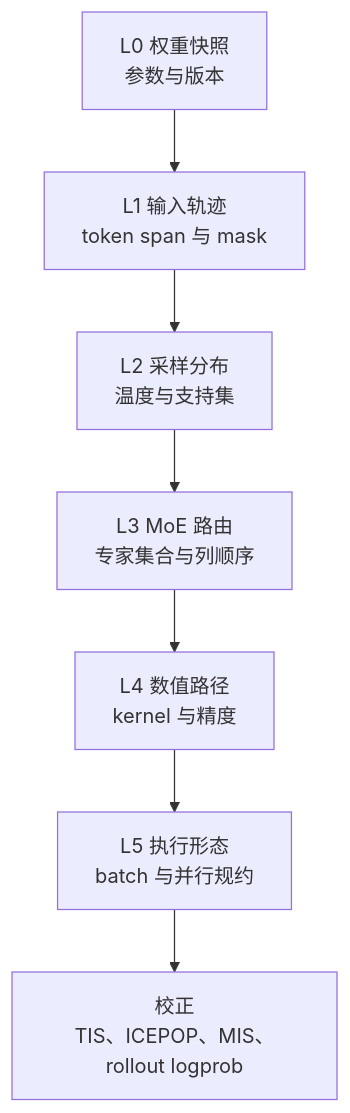
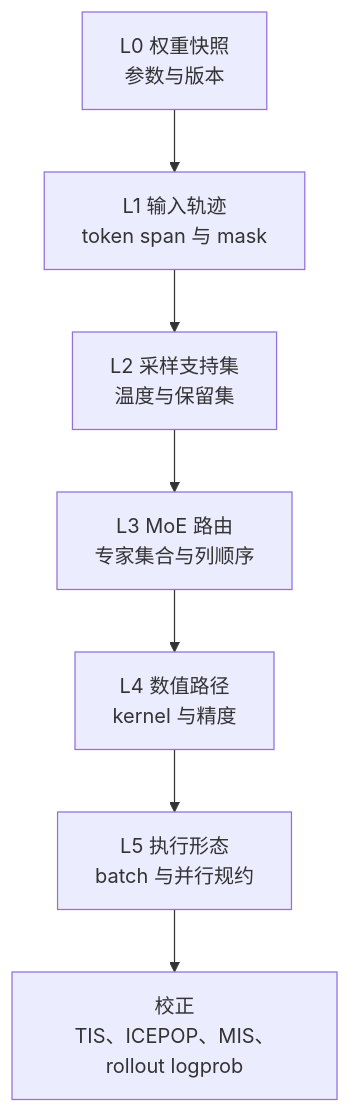
One commit to suhaibo666/llm-knowledge changed the first of 4 diagrams in wiki/02_engineering/04_posttrain_frameworks/slime/17_slime_train_inference_consistency_analysis.md. Above: the diagram before and after it, drawn with Mermaid. The commit also changed other lines of this file and 223 other files, not shown here.

````diff
--- a/wiki/02_engineering/04_posttrain_frameworks/slime/17_slime_train_inference_consistency_analysis.md
+++ b/wiki/02_engineering/04_posttrain_frameworks/slime/17_slime_train_inference_consistency_analysis.md
@@ -35,9 +49,9 @@
 ```mermaid
 flowchart TB
     W["L0 权重快照<br/>参数与版本"] --> I["L1 输入轨迹<br/>token span 与 mask"]
-    I --> S["L2 采样分布<br/>温度与支持集"]
+    I --> S["L2 采样支持集<br/>温度与保留集"]
     S --> R["L3 MoE 路由<br/>专家集合与列顺序"]
     R --> K["L4 数值路径<br/>kernel 与精度"]
     K --> P["L5 执行形态<br/>batch 与并行规约"]
     P --> C["校正<br/>TIS、ICEPOP、MIS、rollout logprob"]
 ```
````
